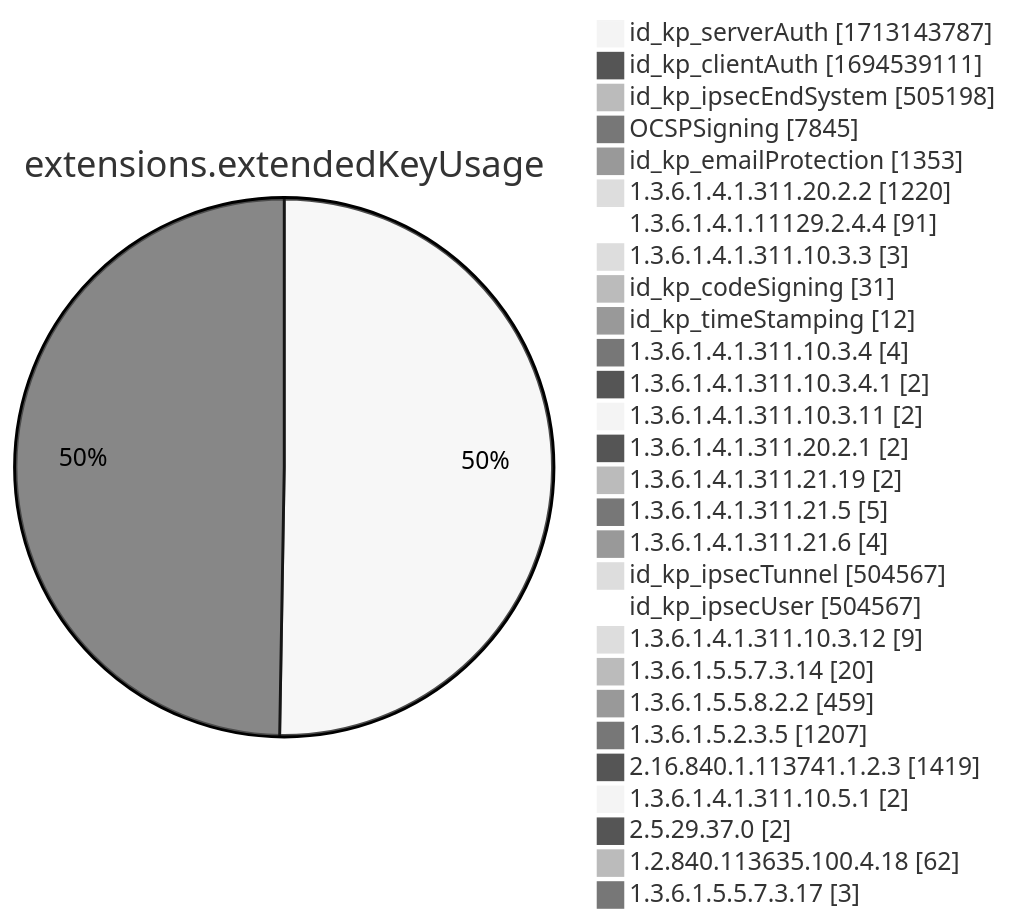
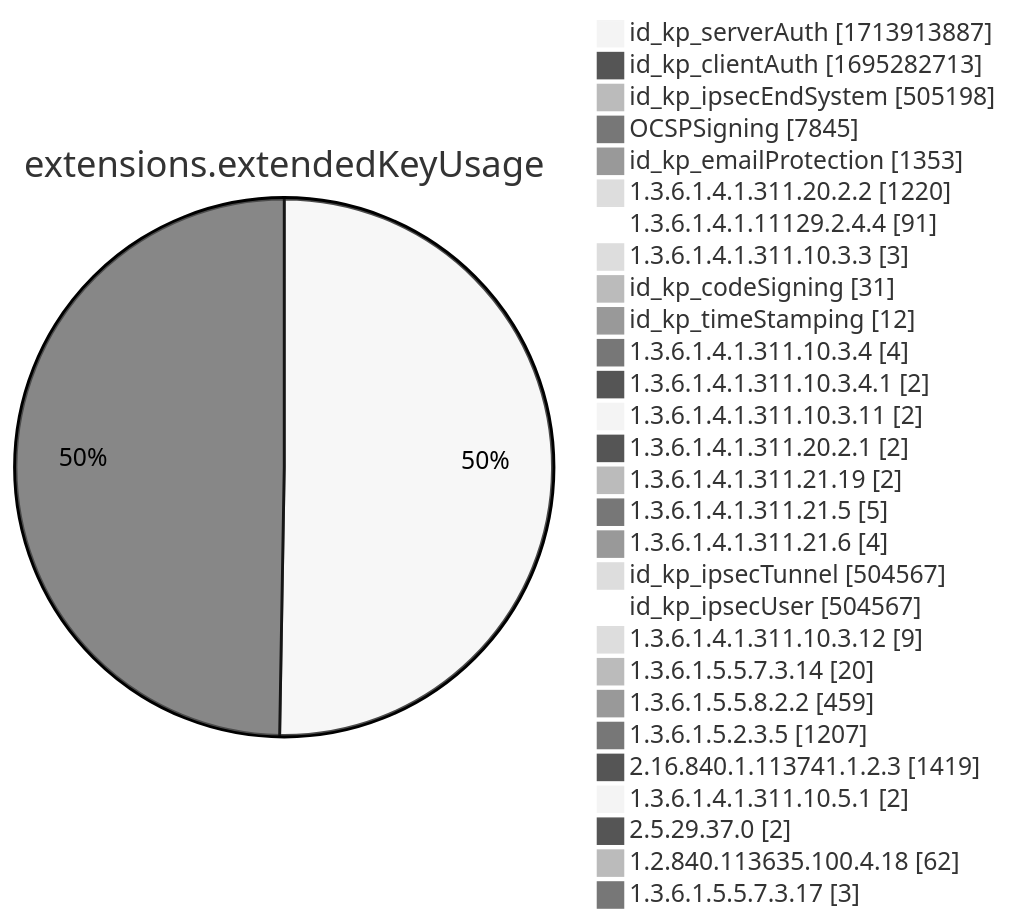
Before and after one commit to christiankrug/ctmonitor_visualization: diagram 12 of 15 in xenon2022/README.md, drawn with Mermaid (neutral theme). The commit also changed other lines of this file, not shown here.

````diff
--- a/xenon2022/README.md
+++ b/xenon2022/README.md
@@ -3888,32 +3888,32 @@
 ```mermaid
 pie showData
 title extensions.extendedKeyUsage
-"id_kp_serverAuth" :1713143787
-"id_kp_clientAuth" :1694539111
+"id_kp_serverAuth" :1713913887
+"id_kp_clientAuth" :1695282713
 "id_kp_ipsecEndSystem" :505198
 "OCSPSigning" :7845
 "id_kp_emailProtection" :1353
 "1.3.6.1.4.1.311.20.2.2" :1220
 "1.3.6.1.4.1.11129.2.4.4" :91
 "1.3.6.1.4.1.311.10.3.3" :3
 "id_kp_codeSigning" :31
 "id_kp_timeStamping" :12
 "1.3.6.1.4.1.311.10.3.4" :4
 "1.3.6.1.4.1.311.10.3.4.1" :2
 "1.3.6.1.4.1.311.10.3.11" :2
 "1.3.6.1.4.1.311.20.2.1" :2
 "1.3.6.1.4.1.311.21.19" :2
 "1.3.6.1.4.1.311.21.5" :5
 "1.3.6.1.4.1.311.21.6" :4
 "id_kp_ipsecTunnel" :504567
 "id_kp_ipsecUser" :504567
 "1.3.6.1.4.1.311.10.3.12" :9
 "1.3.6.1.5.5.7.3.14" :20
 "1.3.6.1.5.5.8.2.2" :459
 "1.3.6.1.5.2.3.5" :1207
 "2.16.840.1.113741.1.2.3" :1419
 "1.3.6.1.4.1.311.10.5.1" :2
 "2.5.29.37.0" :2
 "1.2.840.113635.100.4.18" :62
 "1.3.6.1.5.5.7.3.17" :3
 ```
````
